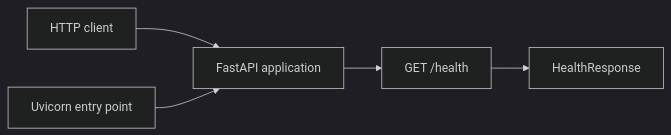
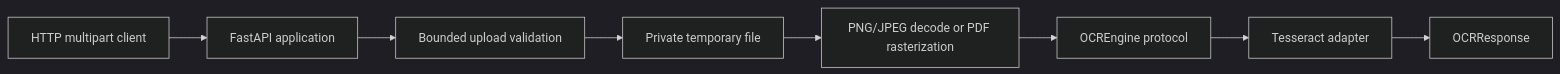
The first of 2 diagrams in docs/architecture.md (Mohamed-ahmed-shokry/veridoc-agent), drawn with Mermaid (dark theme) before and after one commit. The commit also changed other lines of this file, not shown here.

Commit message:
docs: describe the ingestion OCR boundary

````diff
--- a/docs/architecture.md
+++ b/docs/architecture.md
@@ -19,7 +20,10 @@
 ```mermaid
 flowchart LR
-    Client["HTTP client"] --> App["FastAPI application"]
-    Entrypoint["Uvicorn entry point"] --> App
-    App --> Health["GET /health"]
-    Health --> Schema["HealthResponse"]
+    Client["HTTP multipart client"] --> App["FastAPI application"]
+    App --> Validate["Bounded upload validation"]
+    Validate --> Temp["Private temporary file"]
+    Temp --> Decode["PNG/JPEG decode or PDF rasterization"]
+    Decode --> Boundary["OCREngine protocol"]
+    Boundary --> Tesseract["Tesseract adapter"]
+    Tesseract --> Response["OCRResponse"]
 ```
````
